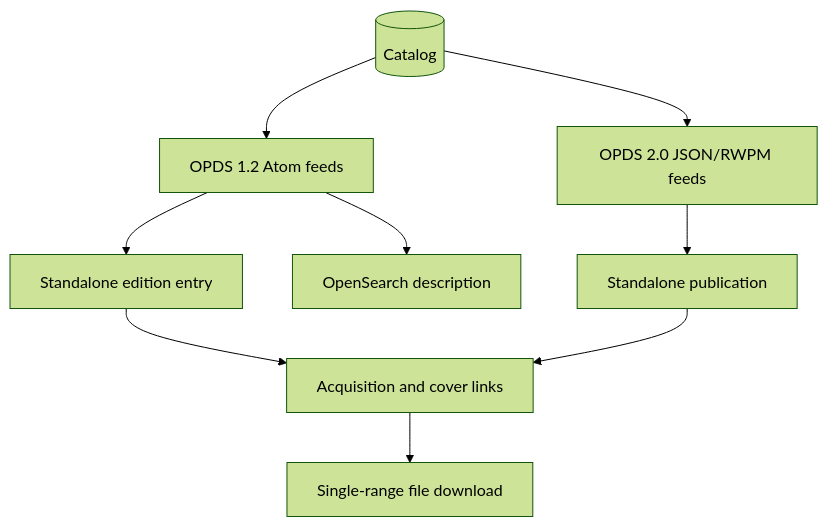
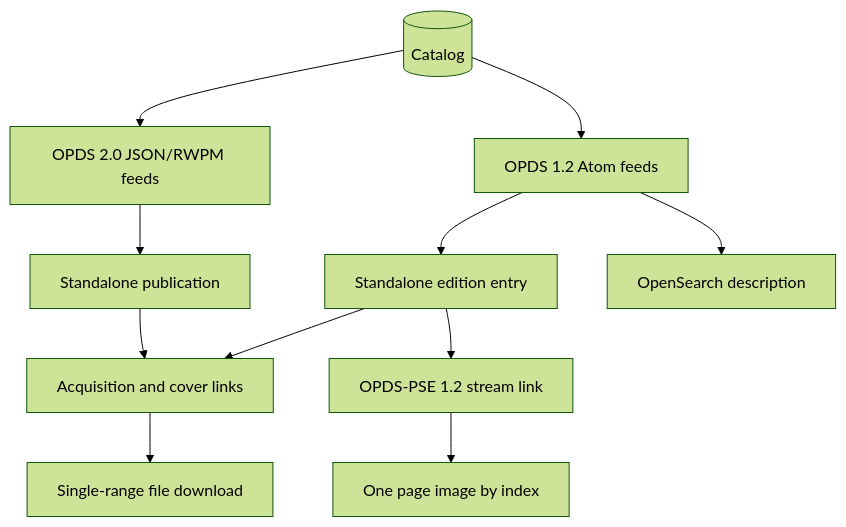
The fourth of 7 diagrams in docs/architecture.md (HelixDevelopment/reader), drawn with Mermaid (forest theme) before and after one commit. The commit also changed other lines of this file and 202 other files, not shown here.

````diff
--- a/docs/architecture.md
+++ b/docs/architecture.md
@@ -97,11 +97,13 @@
 ```mermaid
 flowchart TB
     C[(Catalog)] --> F12[OPDS 1.2 Atom feeds]
     C --> F20[OPDS 2.0 JSON/RWPM feeds]
     F12 --> E12[Standalone edition entry]
     F20 --> E20[Standalone publication]
     F12 --> OS[OpenSearch description]
     E12 --> ACQ[Acquisition and cover links]
     E20 --> ACQ
     ACQ --> RANGE[Single-range file download]
+    E12 --> PSE[OPDS-PSE 1.2 stream link]
+    PSE --> PAGE[One page image by index]
 ```
````
